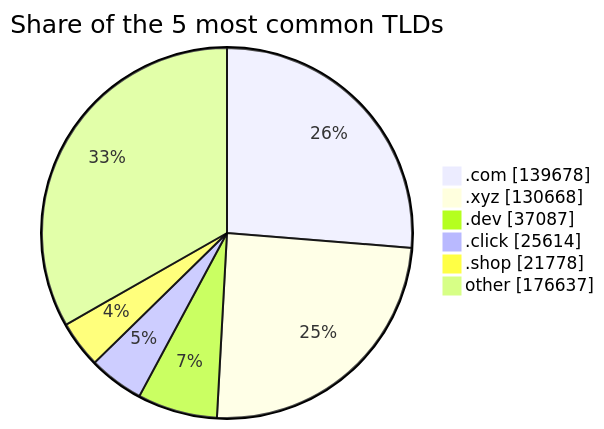
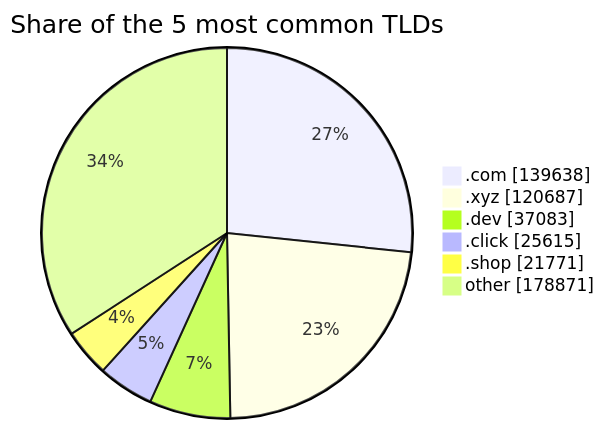
One commit to DNSBunker/CTI changed the third of 3 diagrams in README.md. Above: the diagram before and after it, drawn with Mermaid. The commit also changed other lines of this file and 3 other files, not shown here.

````diff
--- a/README.md
+++ b/README.md
@@ -81,9 +81,9 @@
 ```mermaid
 pie showData title Share of the 5 most common TLDs
-    ".com" : 139678
-    ".xyz" : 130668
-    ".dev" : 37087
-    ".click" : 25614
-    ".shop" : 21778
-    "other" : 176637
+    ".com" : 139638
+    ".xyz" : 120687
+    ".dev" : 37083
+    ".click" : 25615
+    ".shop" : 21771
+    "other" : 178871
 ```
````
